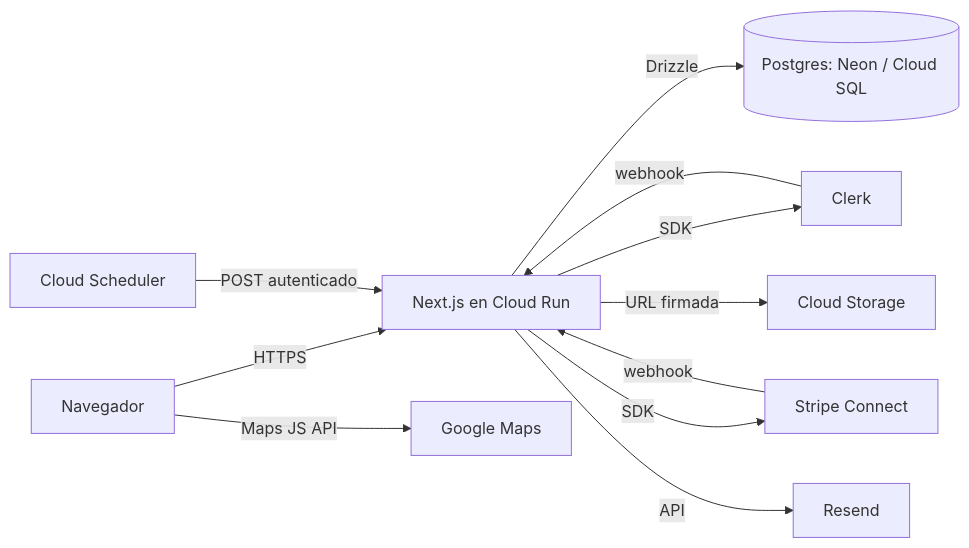
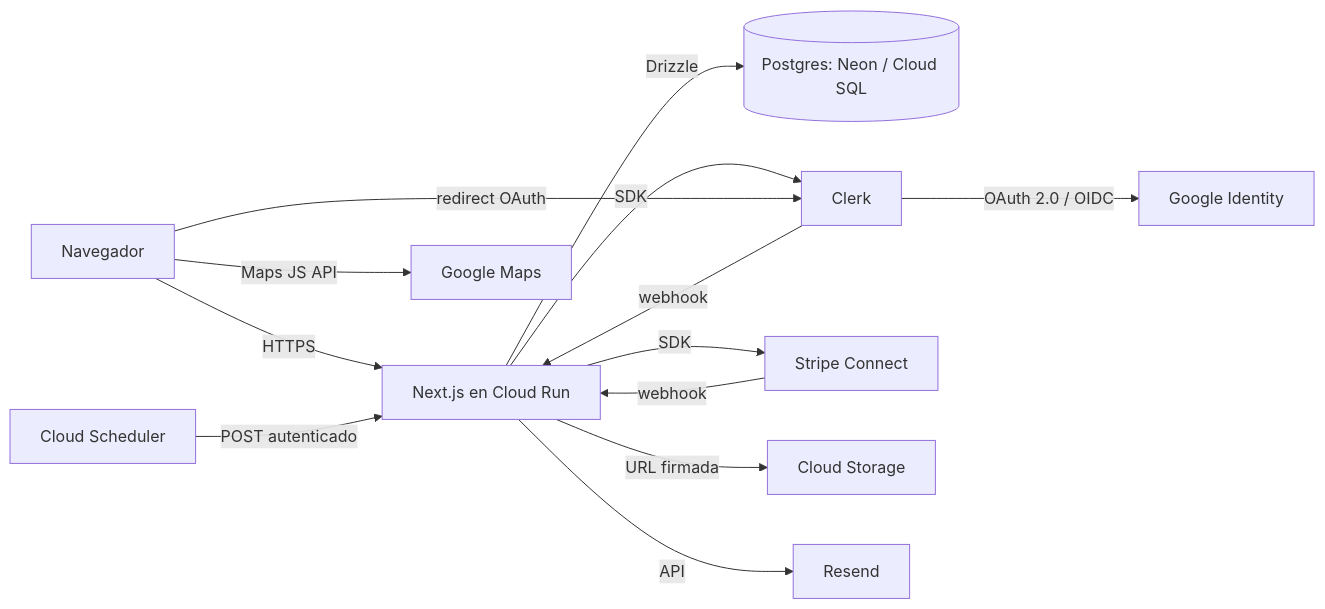
One commit to haroldmip89-sys/ticketera-app changed the first of 3 diagrams in docs/superpowers/specs/2026-10-04-system-design-design.md. Above: the diagram before and after it, drawn with Mermaid. The commit also changed other lines of this file and 12 other files, not shown here.

````diff
--- a/docs/superpowers/specs/2026-10-04-system-design-design.md
+++ b/docs/superpowers/specs/2026-10-04-system-design-design.md
@@ -53,13 +54,15 @@
 ```mermaid
 flowchart LR
   B[Navegador] -->|HTTPS| N[Next.js en Cloud Run]
   N -->|Drizzle| DB[(Postgres: Neon / Cloud SQL)]
   N -->|SDK| CL[Clerk]
+  B -->|redirect OAuth| CL
+  CL -->|OAuth 2.0 / OIDC| GO[Google Identity]
   N -->|SDK| ST[Stripe Connect]
   N -->|URL firmada| GCS[Cloud Storage]
   N -->|API| RS[Resend]
   B -->|Maps JS API| GM[Google Maps]
   CL -->|webhook| N
   ST -->|webhook| N
   SCH[Cloud Scheduler] -->|POST autenticado| N
 ```
````
